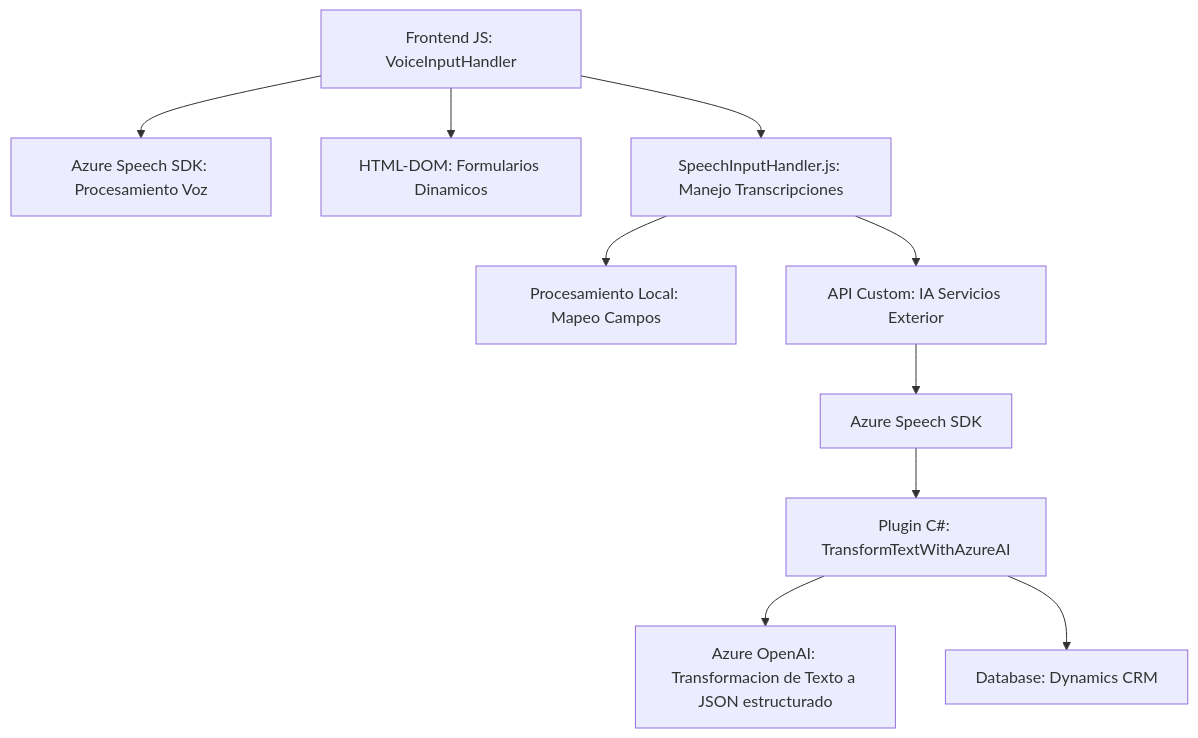
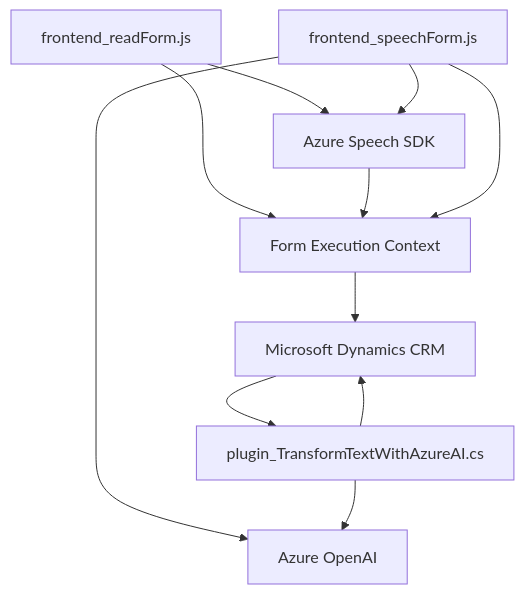
The diagram in README.md (blopezdm/NETCORE_BILBAO2025), drawn with Mermaid before and after one commit. The commit also changed other lines of this file, not shown here.

````diff
--- a/README.md
+++ b/README.md
@@ -45,12 +28,21 @@
 ```mermaid
 graph TD
-    A["Frontend JS: VoiceInputHandler"] --> B["Azure Speech SDK: Procesamiento Voz"]
-    A --> C["HTML-DOM: Formularios Dinamicos"]
-    A --> D["SpeechInputHandler.js: Manejo Transcripciones"]
-    D --> E["Procesamiento Local: Mapeo Campos"]
-    D --> F["API Custom: IA Servicios Exterior"]
-    F --> G["Azure Speech SDK"]
-    G --> H["Plugin C#: TransformTextWithAzureAI"]
-    H --> I["Azure OpenAI: Transformacion de Texto a JSON estructurado"]
-    H --> J["Database: Dynamics CRM"]
+    A["frontend_readForm.js"]
+    B["frontend_speechForm.js"]
+    C["plugin_TransformTextWithAzureAI.cs"]
+    D["Azure Speech SDK"]
+    E["Azure OpenAI"]
+    F["Microsoft Dynamics CRM"]
+    G["Form Execution Context"]
+
+    A --> D
+    A --> G
+    D --> G
+    B --> D
+    B --> E
+    B --> G
+    C --> E
+    C --> F
+    G --> F
+    F --> C
 ```
````
